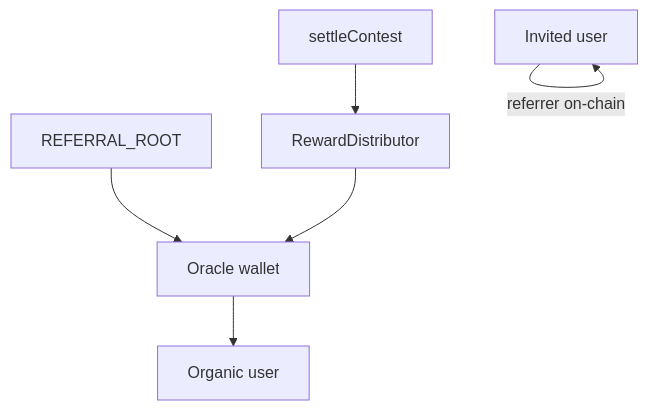
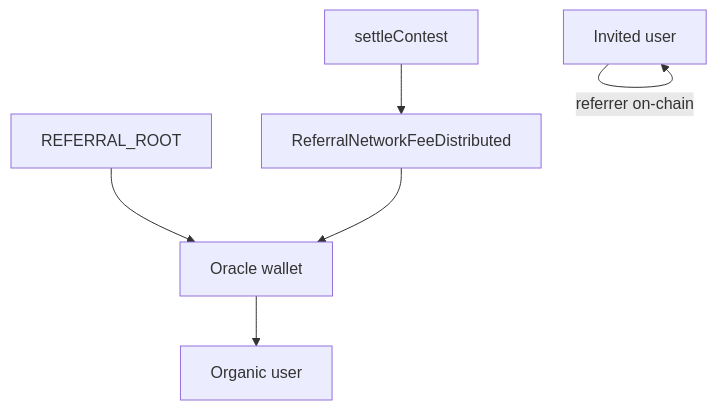
One commit to MagRelo/cut changed the diagram in docs/platform/referral-network.md. Above: the diagram before and after it, drawn with Mermaid. The commit also changed other lines of this file and 58 other files, not shown here.

````diff
--- a/docs/platform/referral-network.md
+++ b/docs/platform/referral-network.md
@@ -23,15 +23,15 @@
 ```mermaid
 flowchart TB
   ROOT[REFERRAL_ROOT]
   Oracle[Oracle wallet]
   Organic[Organic user]
   Invited[Invited user]
   Settle[settleContest]
-  RD[RewardDistributor]
+  Fee[ReferralNetworkFeeDistributed]
 
   ROOT --> Oracle
   Oracle --> Organic
   Invited -->|"referrer on-chain"| Invited
-  Settle --> RD
-  RD --> Oracle
+  Settle --> Fee
+  Fee --> Oracle
 ```
````
